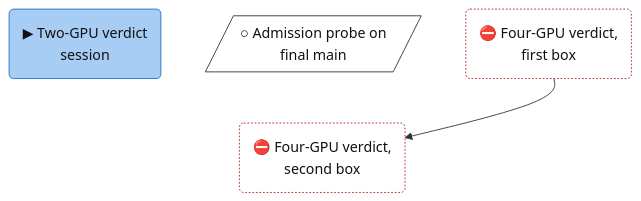
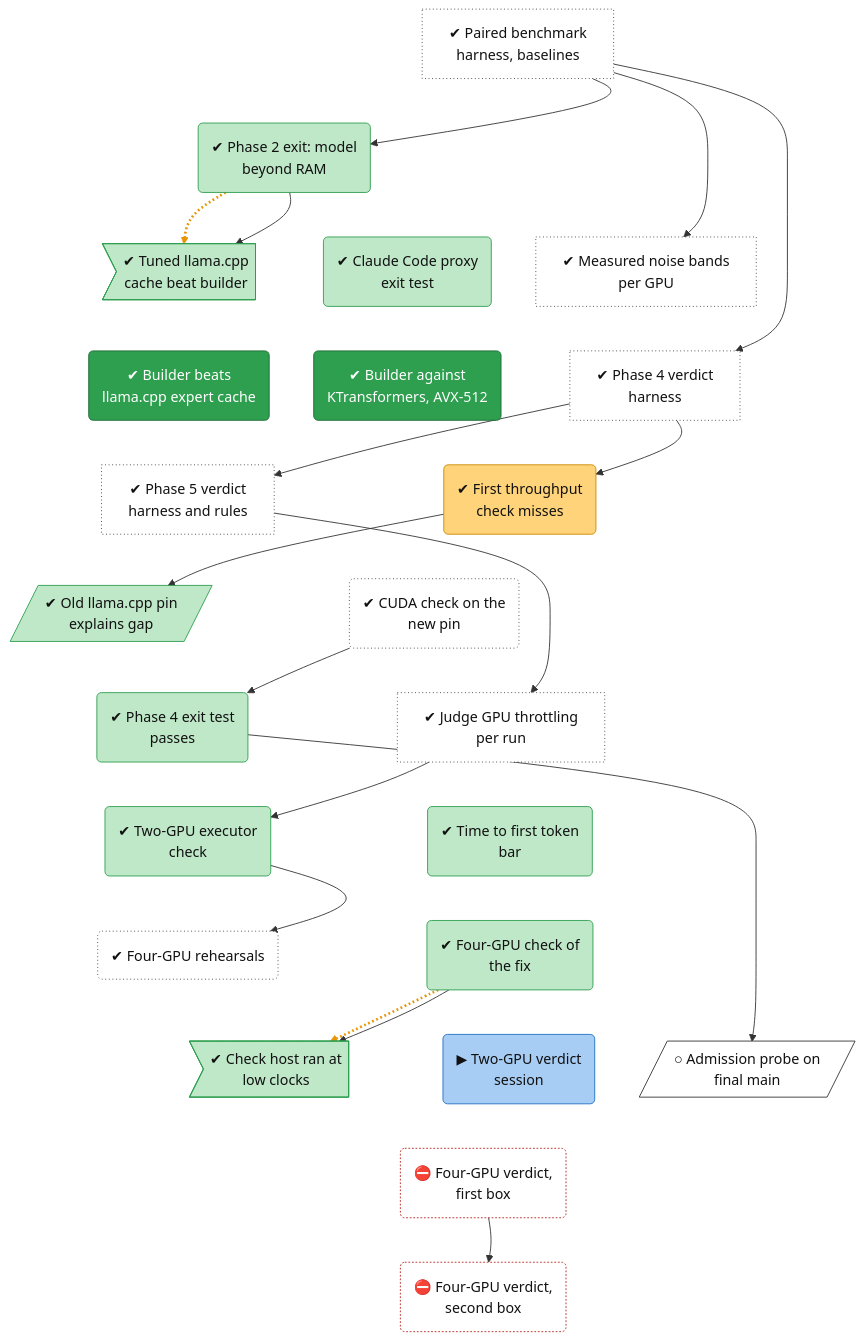
One commit to lhns/tetraeder changed the diagram in docs/roadmap/tracks/bench.md. Above: the diagram before and after it, drawn with Mermaid. The commit also changed other lines of this file and 9 other files, not shown here.

````diff
--- a/docs/roadmap/tracks/bench.md
+++ b/docs/roadmap/tracks/bench.md
@@ -10,13 +10,70 @@
 ```mermaid
 flowchart TB
+    bench_harness["✔ Paired benchmark<br/>harness, baselines"]
+    bench_phase2_exit("✔ Phase 2 exit: model<br/>beyond RAM")
+    bench_defect_tuned_cache>"✔ Tuned llama.cpp<br/>cache beat builder"]
+    bench_phase3b_proxy("✔ Claude Code proxy<br/>exit test")
+    bench_noise_bands["✔ Measured noise bands<br/>per GPU"]
+    bench_m1_point1("✔ Builder beats<br/>llama.cpp expert cache")
+    bench_m1_point3("✔ Builder against<br/>KTransformers, AVX-512")
+    bench_phase4_harness["✔ Phase 4 verdict<br/>harness"]
+    bench_phase5_harness["✔ Phase 5 verdict<br/>harness and rules"]
+    bench_d2a_rerun("✔ First throughput<br/>check misses")
+    bench_pin_ab[/"✔ Old llama.cpp pin<br/>explains gap"/]
+    bench_pin_confirm("✔ CUDA check on the<br/>new pin")
+    bench_phase4_exit("✔ Phase 4 exit test<br/>passes")
+    bench_throttle_rules["✔ Judge GPU throttling<br/>per run"]
+    bench_s2_step0("✔ Two-GPU executor<br/>check")
+    bench_ttft("✔ Time to first token<br/>bar")
+    bench_s3_rehearsal("✔ Four-GPU rehearsals")
+    bench_s3f2("✔ Four-GPU check of<br/>the fix")
+    bench_defect_s3f2_clock>"✔ Check host ran at<br/>low clocks"]
     bench_v2_verdict("▶ Two-GPU verdict<br/>session")
     bench_d2a_probe[/"○ Admission probe on<br/>final main"/]
     bench_v4a_verdict("⛔ Four-GPU verdict,<br/>first box")
     bench_v4b_verdict("⛔ Four-GPU verdict,<br/>second box")
-    bench_v2_verdict ~~~ bench_v4b_verdict
-    bench_d2a_probe ~~~ bench_v4b_verdict
+    bench_harness ~~~ bench_phase2_exit
+    bench_phase2_exit ~~~ bench_defect_tuned_cache
+    bench_phase2_exit ~~~ bench_phase3b_proxy
+    bench_phase2_exit ~~~ bench_noise_bands
+    bench_defect_tuned_cache ~~~ bench_m1_point1
+    bench_phase3b_proxy ~~~ bench_m1_point3
+    bench_noise_bands ~~~ bench_phase4_harness
+    bench_m1_point1 ~~~ bench_phase5_harness
+    bench_m1_point3 ~~~ bench_d2a_rerun
+    bench_phase4_harness ~~~ bench_d2a_rerun
+    bench_phase5_harness ~~~ bench_pin_ab
+    bench_d2a_rerun ~~~ bench_pin_confirm
+    bench_pin_ab ~~~ bench_phase4_exit
+    bench_pin_confirm ~~~ bench_throttle_rules
+    bench_phase4_exit ~~~ bench_s2_step0
+    bench_throttle_rules ~~~ bench_ttft
+    bench_s2_step0 ~~~ bench_s3_rehearsal
+    bench_ttft ~~~ bench_s3f2
+    bench_s3_rehearsal ~~~ bench_defect_s3f2_clock
+    bench_s3f2 ~~~ bench_v2_verdict
+    bench_s3f2 ~~~ bench_d2a_probe
+    bench_defect_s3f2_clock ~~~ bench_v4a_verdict
+    bench_v2_verdict ~~~ bench_v4a_verdict
+    bench_d2a_probe ~~~ bench_v4a_verdict
     bench_v4a_verdict ~~~ bench_v4b_verdict
+    bench_harness --> bench_phase2_exit
+    bench_phase2_exit -.-> bench_defect_tuned_cache
+    bench_phase2_exit --> bench_defect_tuned_cache
+    bench_harness --> bench_noise_bands
+    bench_harness --> bench_phase4_harness
+    bench_phase4_harness --> bench_phase5_harness
+    bench_phase4_harness --> bench_d2a_rerun
+    bench_d2a_rerun --> bench_pin_ab
+    bench_pin_confirm --> bench_phase4_exit
+    bench_phase5_harness --> bench_throttle_rules
+    bench_throttle_rules --> bench_s2_step0
+    bench_s2_step0 --> bench_s3_rehearsal
+    bench_s3f2 -.-> bench_defect_s3f2_clock
+    bench_s3f2 --> bench_defect_s3f2_clock
+    bench_phase4_exit --> bench_d2a_probe
     bench_v4a_verdict --> bench_v4b_verdict
+    linkStyle 26,37 stroke:#e69500,stroke-width:3px,stroke-dasharray:2 3
     classDef vsucc fill:#2e9e4f,stroke:#1b6b34,color:#fff
     classDef succ fill:#bfe8c8,stroke:#2e9e4f,color:#111
     classDef mixed fill:#ffd37a,stroke:#c98a00,color:#111
@@ -31,6 +88,10 @@
     classDef decided fill:#ece0f7,stroke:#7b3fb5,stroke-dasharray:2 2,color:#111
     classDef finding fill:#ffe0b2,stroke:#d84315,stroke-width:2px,color:#111
     classDef waiting fill:#e3f2fd,stroke:#1f6fc5,stroke-dasharray:5 5,color:#111
+    class bench_harness,bench_noise_bands,bench_phase4_harness,bench_phase5_harness,bench_pin_confirm,bench_throttle_rules,bench_s3_rehearsal unrated
+    class bench_phase2_exit,bench_defect_tuned_cache,bench_phase3b_proxy,bench_pin_ab,bench_phase4_exit,bench_s2_step0,bench_ttft,bench_s3f2,bench_defect_s3f2_clock succ
+    class bench_m1_point1,bench_m1_point3 vsucc
+    class bench_d2a_rerun mixed
     class bench_v2_verdict inprog
     class bench_d2a_probe next
     class bench_v4a_verdict,bench_v4b_verdict blocked
````
